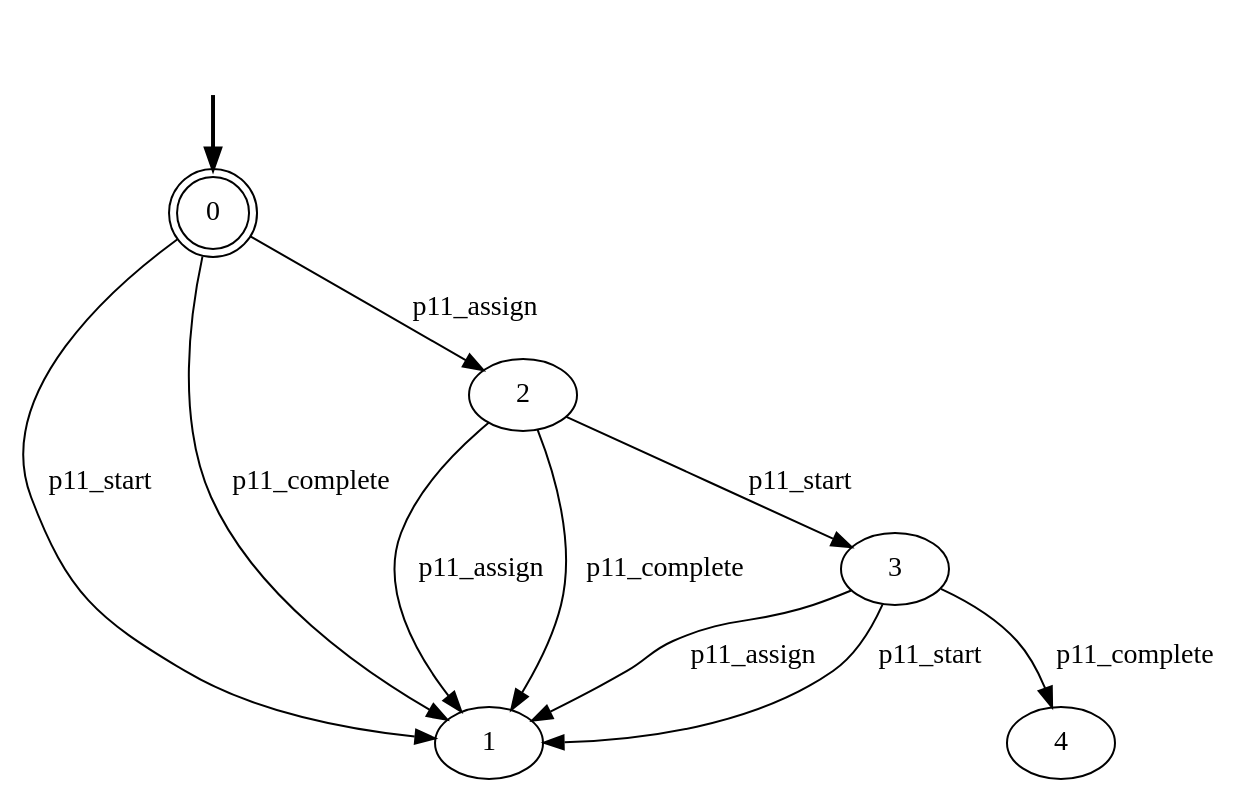
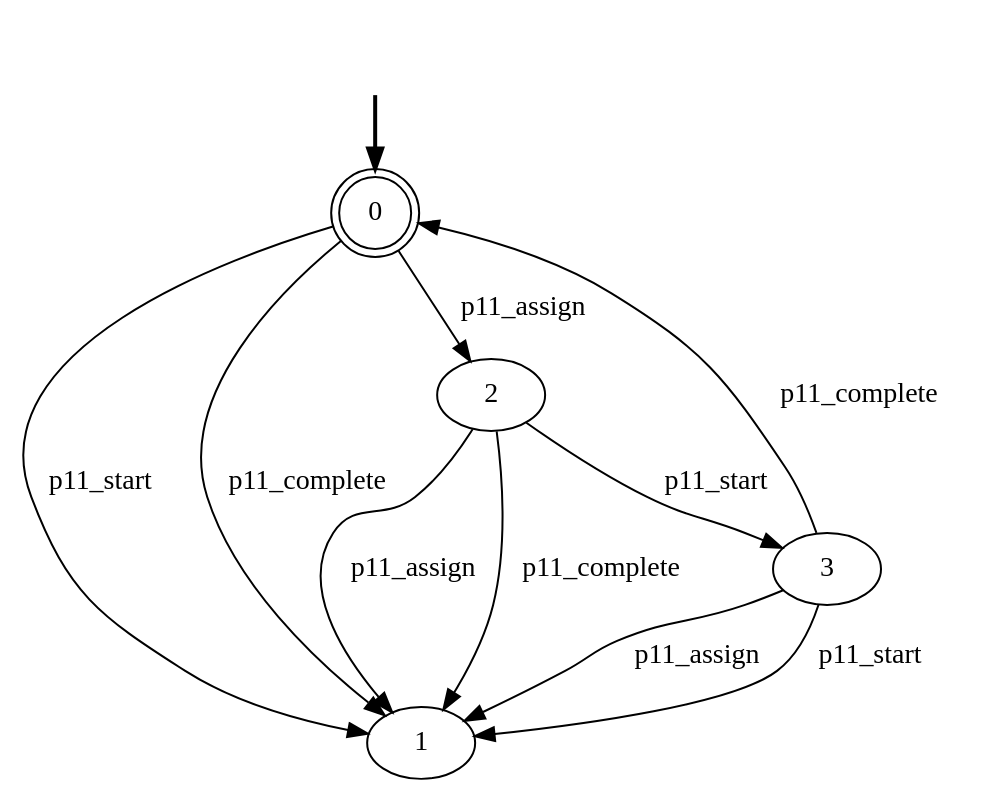
One commit to GianmarcoBordin/pddlTranslator changed the diagram in out/production/Aligner/lifecycle/p11__lifecycle.dot. Above: the diagram before and after it, drawn with Graphviz. The commit also changed 101 other files, not shown here.

```diff
--- a/out/production/Aligner/lifecycle/p11__lifecycle.dot
+++ b/out/production/Aligner/lifecycle/p11__lifecycle.dot
@@ -1,17 +1,17 @@
 digraph {
 	fake0 [style=invisible]
 	0 [root=true] [shape=doublecircle]
 	1
 	2
 	3
 	fake0 -> 0 [style=bold]
 	2 -> 1 [label=p11_assign]
 	2 -> 3 [label=p11_start]
 	2 -> 1 [label=p11_complete]
 	3 -> 1 [label=p11_assign]
 	3 -> 1 [label=p11_start]
-	3 -> 4 [label=p11_complete]
+	3 -> 0 [label=p11_complete]
 	0 -> 2 [label=p11_assign]
 	0 -> 1 [label=p11_start]
 	0 -> 1 [label=p11_complete]
 }
```
